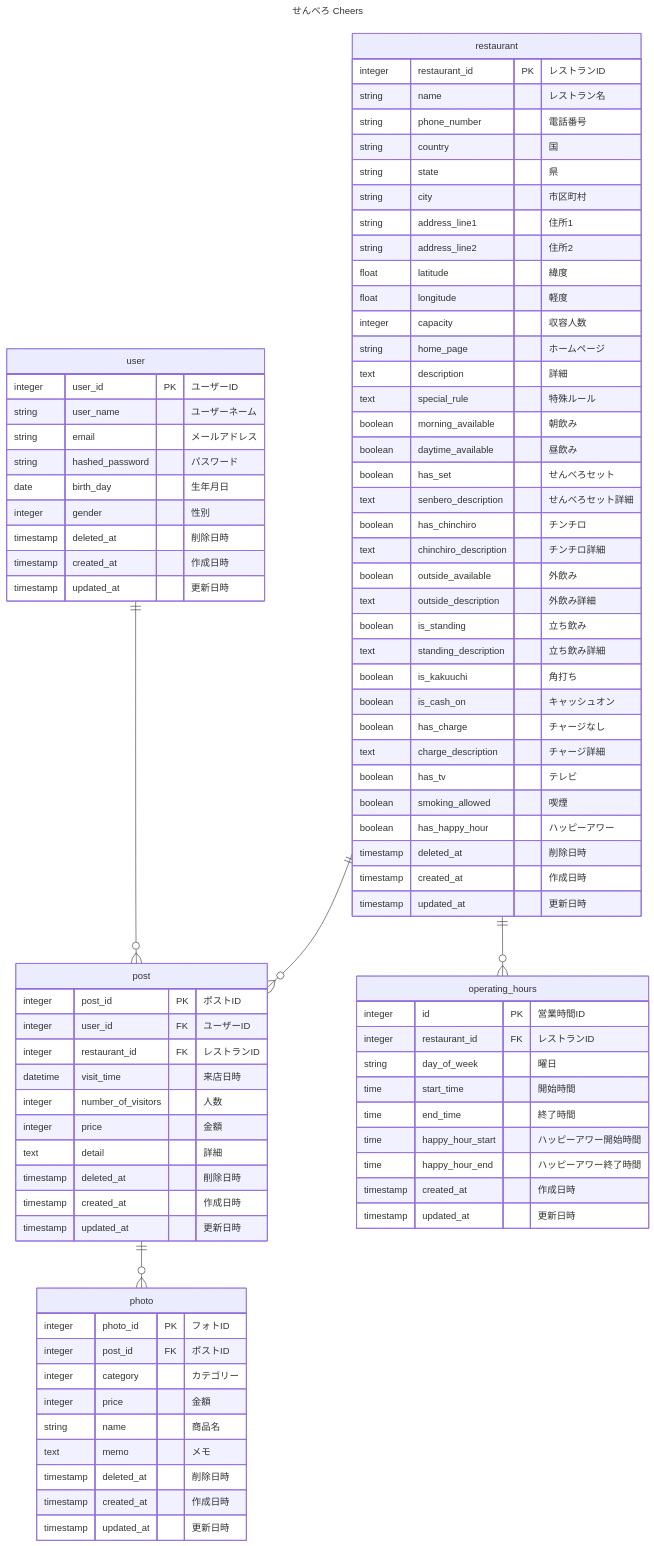
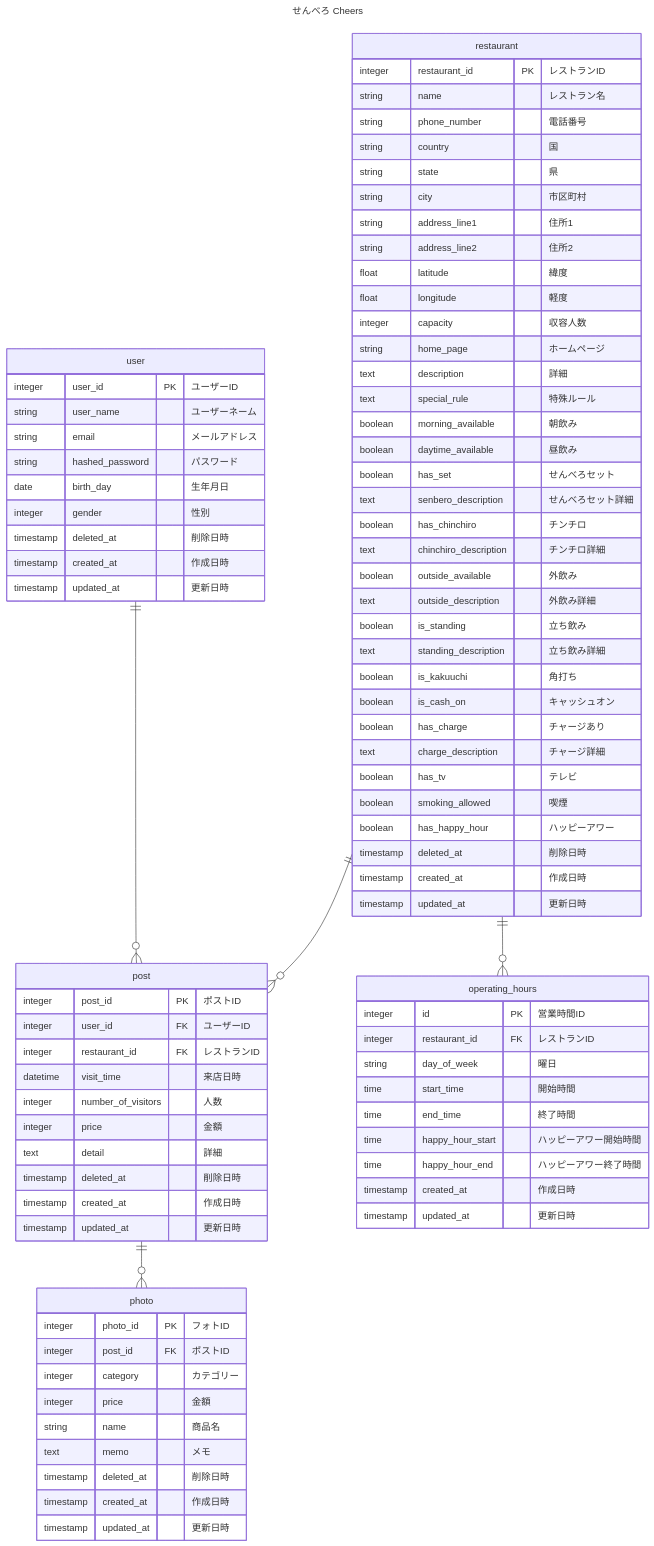
Before and after one commit to yuta-kinouchi/senbero-next: the diagram in README.md, drawn with Mermaid. The commit also changed 4 other files, not shown here.

```diff
--- a/README.md
+++ b/README.md
@@ -91,7 +91,7 @@
         text standing_description "立ち飲み詳細"
         boolean is_kakuuchi "角打ち"
         boolean is_cash_on "キャッシュオン"
-        boolean has_charge "チャージなし"
+        boolean has_charge "チャージあり"
         text charge_description "チャージ詳細"
         boolean has_tv "テレビ"
         boolean smoking_allowed "喫煙"
```
